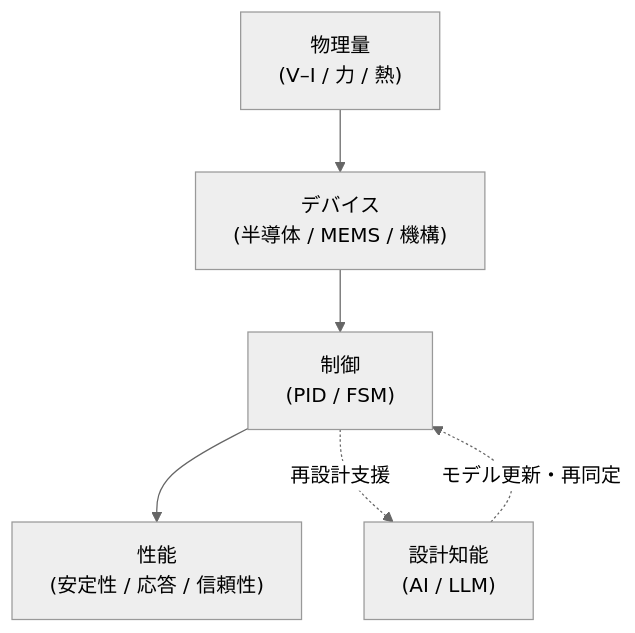
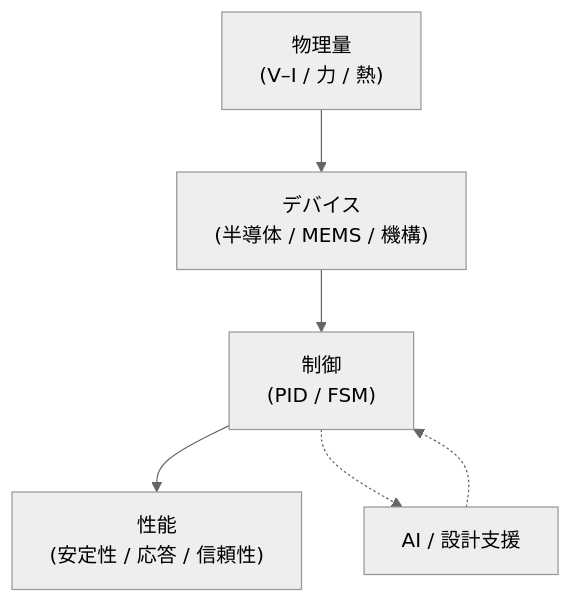
The diagram in index.md (Samizo-AITL/Samizo-AITL.github.io), drawn with Mermaid (neutral theme) before and after one commit. The commit also changed other lines of this file, not shown here.

````diff
--- a/index.md
+++ b/index.md
@@ -30,14 +30,14 @@
 ```mermaid
 flowchart TD
     P["物理量<br>(V–I / 力 / 熱)"]
     D["デバイス<br>(半導体 / MEMS / 機構)"]
     C["制御<br>(PID / FSM)"]
-    A["設計知能<br>(AI / LLM)"]
+    A["AI / 設計支援"]
     S["性能<br>(安定性 / 応答 / 信頼性)"]
 
     P --> D
     D --> C
     C --> S
-    C -. 再設計支援 .-> A
-    A -. モデル更新・再同定 .-> C
+    C -.-> A
+    A -.-> C
 ```
````
